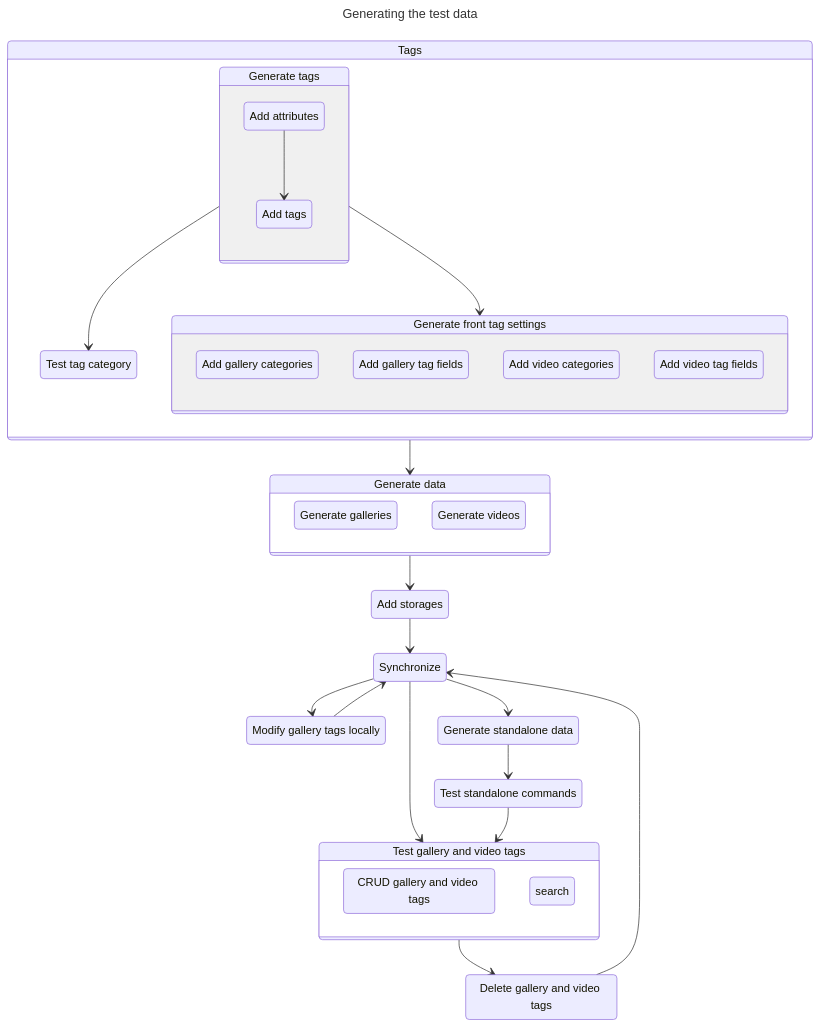
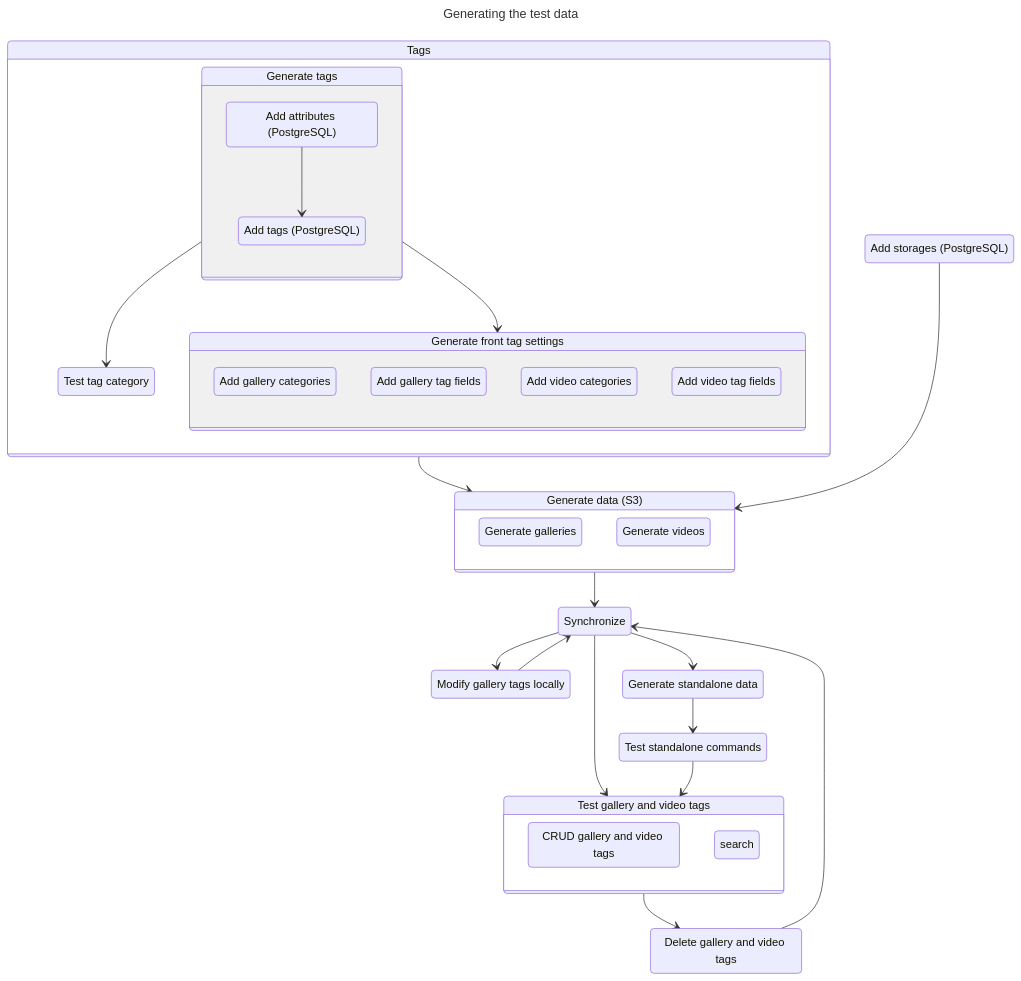
One commit to ZetsuBouKyo/ZetsuBou changed the diagram in docs/developer-notes/tests.md. Above: the diagram before and after it, drawn with Mermaid.

````diff
--- a/docs/developer-notes/tests.md
+++ b/docs/developer-notes/tests.md
@@ -5,64 +5,64 @@
 ```mermaid
 ---
 title: Generating the test data
 ---
 stateDiagram-v2
 state Tags {
   generate_tags: Generate tags
   state generate_tags {
-    add_tags: Add tags
-    add_attributes: Add attributes
+    add_tags: Add tags (PostgreSQL)
+    add_attributes: Add attributes (PostgreSQL)
 
     add_attributes --> add_tags
   }
 
   test_tag_category: Test tag category
 
   generate_tags --> test_tag_category
 
   generate_front_tag_settings: Generate front tag settings
   state generate_front_tag_settings {
     add_gallery_categories: Add gallery categories
     add_gallery_tag_fields: Add gallery tag fields
     add_video_categories: Add video categories
     add_video_tag_fields: Add video tag fields
   }
 
   generate_tags --> generate_front_tag_settings
 }
 
-generate_data: Generate data
+generate_data: Generate data (S3)
 state generate_data {
   generate_galleries: Generate galleries
   generate_videos: Generate videos
 }
 
 Tags --> generate_data
 
-add_storages: Add storages
-generate_data --> add_storages
-add_storages --> Synchronize
+add_storages: Add storages (PostgreSQL)
+add_storages --> generate_data
+generate_data --> Synchronize
 
 test_sources: Test gallery and video tags
 state test_sources {
   crud_sources: CRUD gallery and video tags
   search
 }
 
 delete_sources: Delete gallery and video tags
 modify_gallery_tags_locally: Modify gallery tags locally
 
 Synchronize --> test_sources
 Synchronize --> modify_gallery_tags_locally
 modify_gallery_tags_locally --> Synchronize
 
 test_sources --> delete_sources
 delete_sources --> Synchronize
 
 generate_standalone_data: Generate standalone data
 test_standalone_commands: Test standalone commands
 generate_standalone_data --> test_standalone_commands
 Synchronize --> generate_standalone_data
 
 test_standalone_commands --> test_sources
 ```
````
